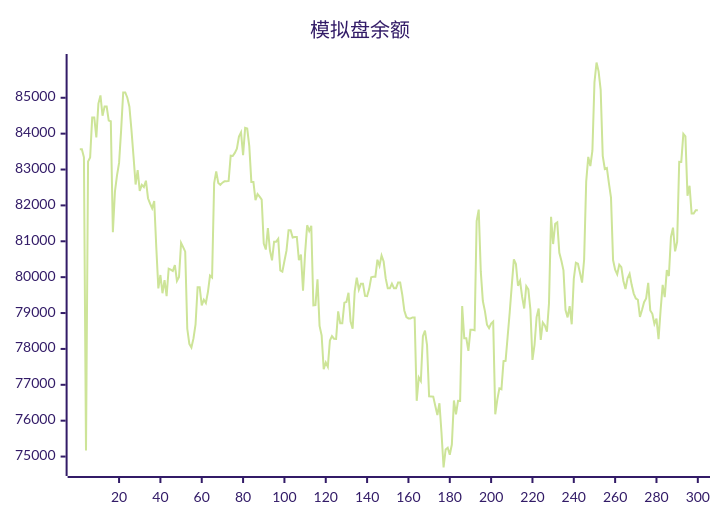
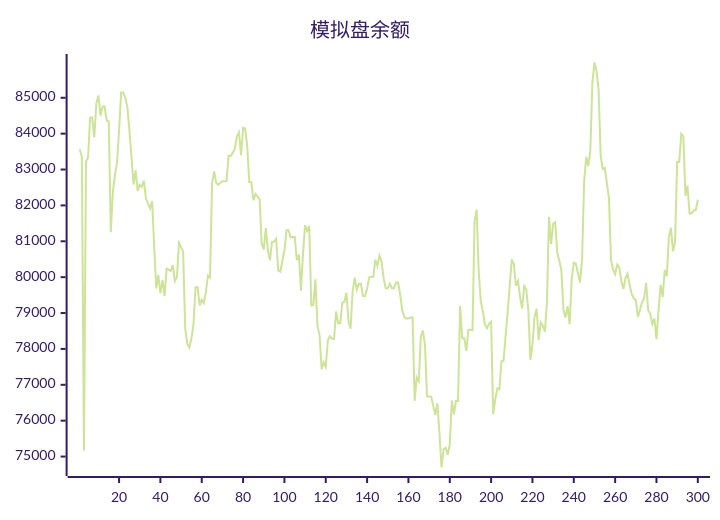
Before and after one commit to aahl/ai-trading: the diagram in README.md, drawn with Mermaid (forest theme). The commit also changed other lines of this file and 1 other file, not shown here.

````diff
--- a/README.md
+++ b/README.md
@@ -5,5 +5,5 @@
 ```mermaid
 xychart
     title "模拟盘余额"
-    line [83567,83567,83342,75168,83222,83336,84448,84449,83896,84839,85065,84499,84757,84757,84364,84347,81254,82385,82835,83184,84099,85150,85150,85002,84751,84096,83356,82582,82983,82404,82572,82512,82688,82200,82047,81920,82125,80840,79688,80060,79552,79920,79470,80236,80208,80170,80336,79894,80006,80954,80837,80712,78561,78139,78037,78293,78682,79720,79720,79214,79372,79279,79591,80046,79993,82625,82950,82626,82571,82633,82670,82670,82681,83386,83378,83464,83579,83920,84037,83402,84160,84142,83652,82655,82655,82145,82315,82243,82163,80934,80770,81371,80742,80468,80989,80989,81067,80191,80155,80450,80737,81309,81309,81106,81119,81119,80471,80631,79624,80670,81448,81290,81429,79212,79222,79940,78643,78380,77432,77623,77504,78235,78358,78284,78277,79048,78714,78714,79290,79308,79567,78763,78563,79603,79988,79652,79813,79813,79476,79469,79673,79995,80015,80015,80486,80314,80600,80436,79966,79689,79689,79819,79692,79692,79850,79850,79518,79071,78889,78850,78850,78878,78878,76554,77202,77103,78357,78510,78106,76678,76677,76672,76411,76159,76485,75656,74695,75197,75246,75052,75334,76564,76179,76553,76551,79196,78300,78300,77944,78531,78531,78521,81564,81884,80160,79335,79055,78675,78580,78708,78764,76179,76586,76902,76876,77658,77669,78346,79023,79769,80497,80366,79761,79896,79448,79126,79749,79658,79097,77695,78114,78888,79126,78249,78738,78653,78478,79271,81680,80923,81488,81527,80681,80455,80190,79084,78879,79193,78686,79954,80403,80374,80118,79848,80491,82665,83351,83098,83525,85430,85983,85737,85221,83378,83014,83043,82613,82216,80477,80208,80081,80348,80277,79894,79670,79965,80093,79786,79542,79406,79371,78893,79087,79304,79406,79841,79072,78978,78696,78846,78272,79085,79787,79442,80198,80031,81120,81379,80718,80985,83214,83212,83993,83921,82270,82547,81776,81776,81866,81866]
+    line [83567,83342,75168,83222,83336,84448,84449,83896,84839,85065,84499,84757,84757,84364,84347,81254,82385,82835,83184,84099,85150,85150,85002,84751,84096,83356,82582,82983,82404,82572,82512,82688,82200,82047,81920,82125,80840,79688,80060,79552,79920,79470,80236,80208,80170,80336,79894,80006,80954,80837,80712,78561,78139,78037,78293,78682,79720,79720,79214,79372,79279,79591,80046,79993,82625,82950,82626,82571,82633,82670,82670,82681,83386,83378,83464,83579,83920,84037,83402,84160,84142,83652,82655,82655,82145,82315,82243,82163,80934,80770,81371,80742,80468,80989,80989,81067,80191,80155,80450,80737,81309,81309,81106,81119,81119,80471,80631,79624,80670,81448,81290,81429,79212,79222,79940,78643,78380,77432,77623,77504,78235,78358,78284,78277,79048,78714,78714,79290,79308,79567,78763,78563,79603,79988,79652,79813,79813,79476,79469,79673,79995,80015,80015,80486,80314,80600,80436,79966,79689,79689,79819,79692,79692,79850,79850,79518,79071,78889,78850,78850,78878,78878,76554,77202,77103,78357,78510,78106,76678,76677,76672,76411,76159,76485,75656,74695,75197,75246,75052,75334,76564,76179,76553,76551,79196,78300,78300,77944,78531,78531,78521,81564,81884,80160,79335,79055,78675,78580,78708,78764,76179,76586,76902,76876,77658,77669,78346,79023,79769,80497,80366,79761,79896,79448,79126,79749,79658,79097,77695,78114,78888,79126,78249,78738,78653,78478,79271,81680,80923,81488,81527,80681,80455,80190,79084,78879,79193,78686,79954,80403,80374,80118,79848,80491,82665,83351,83098,83525,85430,85983,85737,85221,83378,83014,83043,82613,82216,80477,80208,80081,80348,80277,79894,79670,79965,80093,79786,79542,79406,79371,78893,79087,79304,79406,79841,79072,78978,78696,78846,78272,79085,79787,79442,80198,80031,81120,81379,80718,80985,83214,83212,83993,83921,82270,82547,81776,81776,81866,81866,82158]
 ```
````
